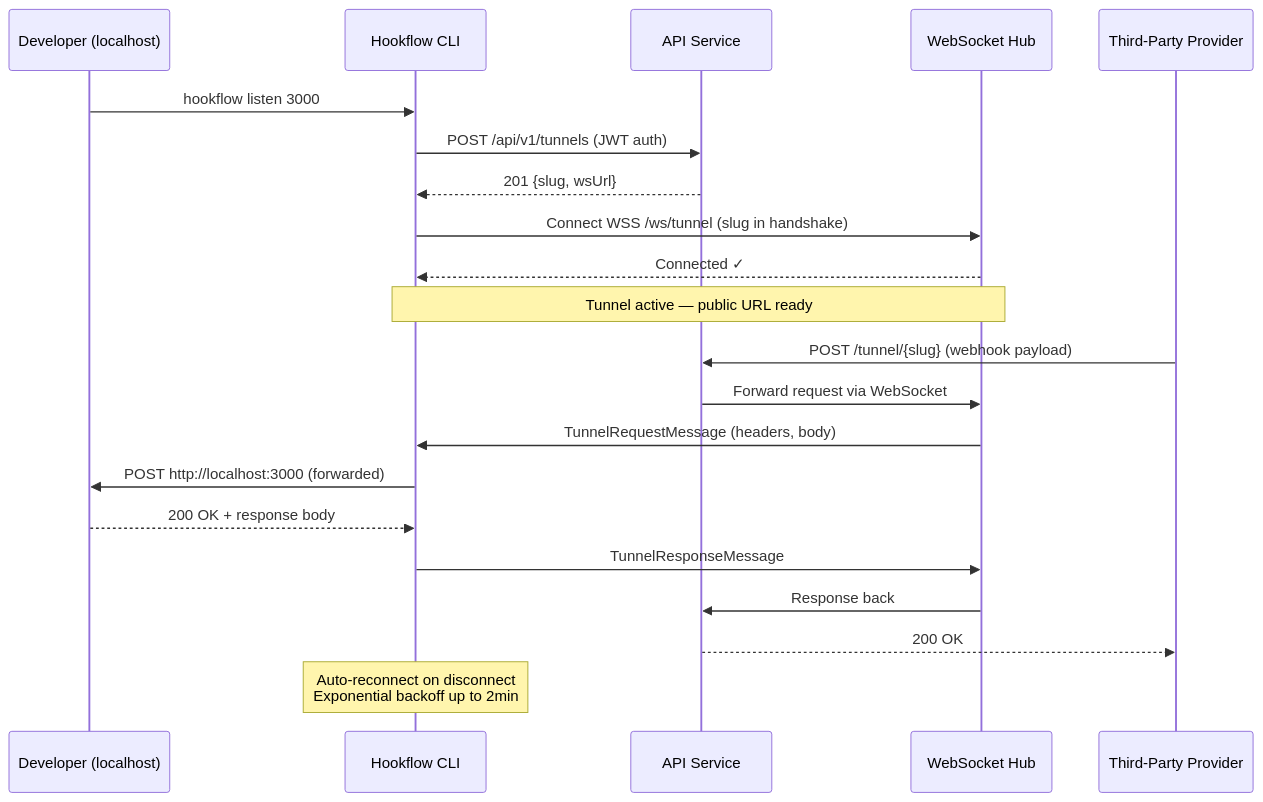
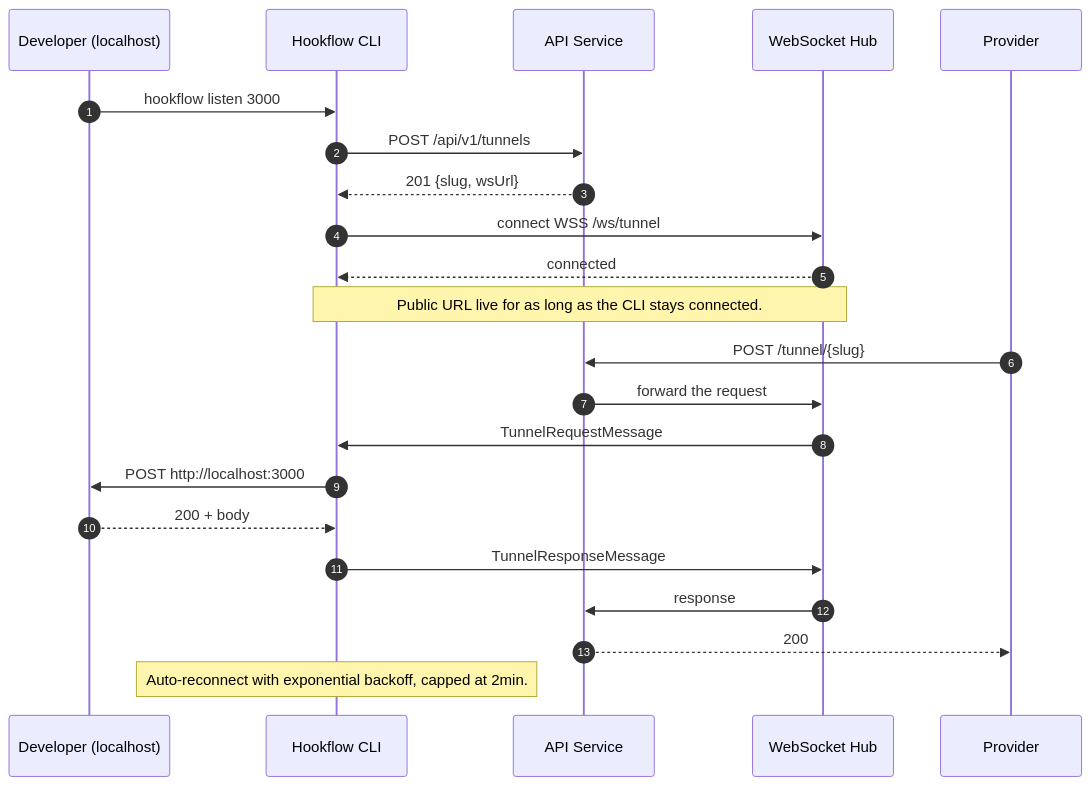
One commit to vadymkykalo/webhook-platform changed diagram 14 of 14 in docs/ARCHITECTURE.md. Above: the diagram before and after it, drawn with Mermaid. The commit also changed other lines of this file and 1 other file, not shown here.

````diff
--- a/docs/ARCHITECTURE.md
+++ b/docs/ARCHITECTURE.md
@@ -149,27 +651,28 @@
 ```mermaid
 sequenceDiagram
+    autonumber
     participant Dev as Developer (localhost)
     participant CLI as Hookflow CLI
     participant API as API Service
     participant WS as WebSocket Hub
-    participant Provider as Third-Party Provider
+    participant P as Provider
 
     Dev->>CLI: hookflow listen 3000
-    CLI->>API: POST /api/v1/tunnels (JWT auth)
+    CLI->>API: POST /api/v1/tunnels
     API-->>CLI: 201 {slug, wsUrl}
-    CLI->>WS: Connect WSS /ws/tunnel (slug in handshake)
-    WS-->>CLI: Connected ✓
+    CLI->>WS: connect WSS /ws/tunnel
+    WS-->>CLI: connected
 
-    Note over CLI,WS: Tunnel active — public URL ready
+    Note over CLI,WS: Public URL live for as long as the CLI stays connected.
 
-    Provider->>API: POST /tunnel/{slug} (webhook payload)
-    API->>WS: Forward request via WebSocket
-    WS->>CLI: TunnelRequestMessage (headers, body)
-    CLI->>Dev: POST http://localhost:3000 (forwarded)
-    Dev-->>CLI: 200 OK + response body
+    P->>API: POST /tunnel/{slug}
+    API->>WS: forward the request
+    WS->>CLI: TunnelRequestMessage
+    CLI->>Dev: POST http://localhost:3000
+    Dev-->>CLI: 200 + body
     CLI->>WS: TunnelResponseMessage
-    WS->>API: Response back
-    API-->>Provider: 200 OK
+    WS->>API: response
+    API-->>P: 200
 
-    Note over CLI: Auto-reconnect on disconnect<br/>Exponential backoff up to 2min
+    Note over CLI: Auto-reconnect with exponential backoff, capped at 2min.
 ```
````
